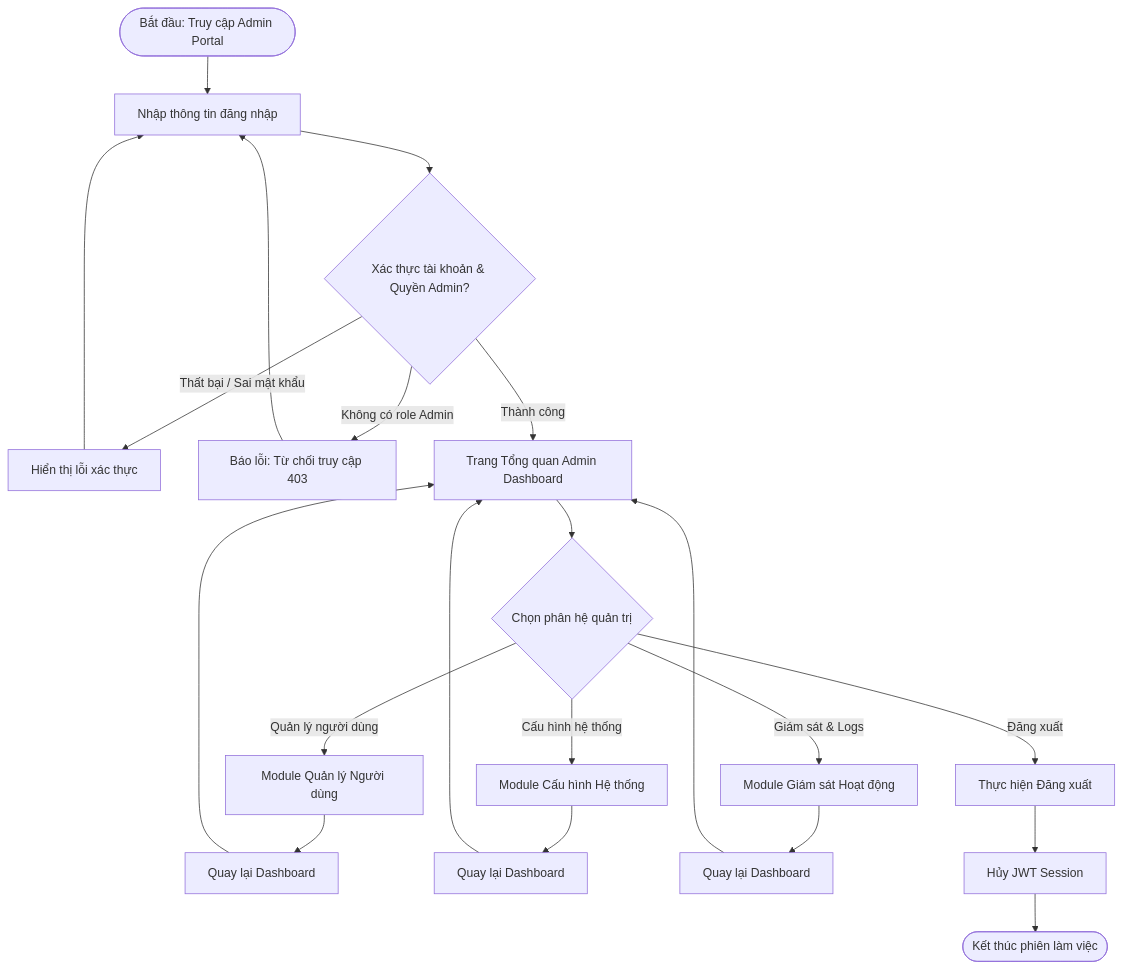
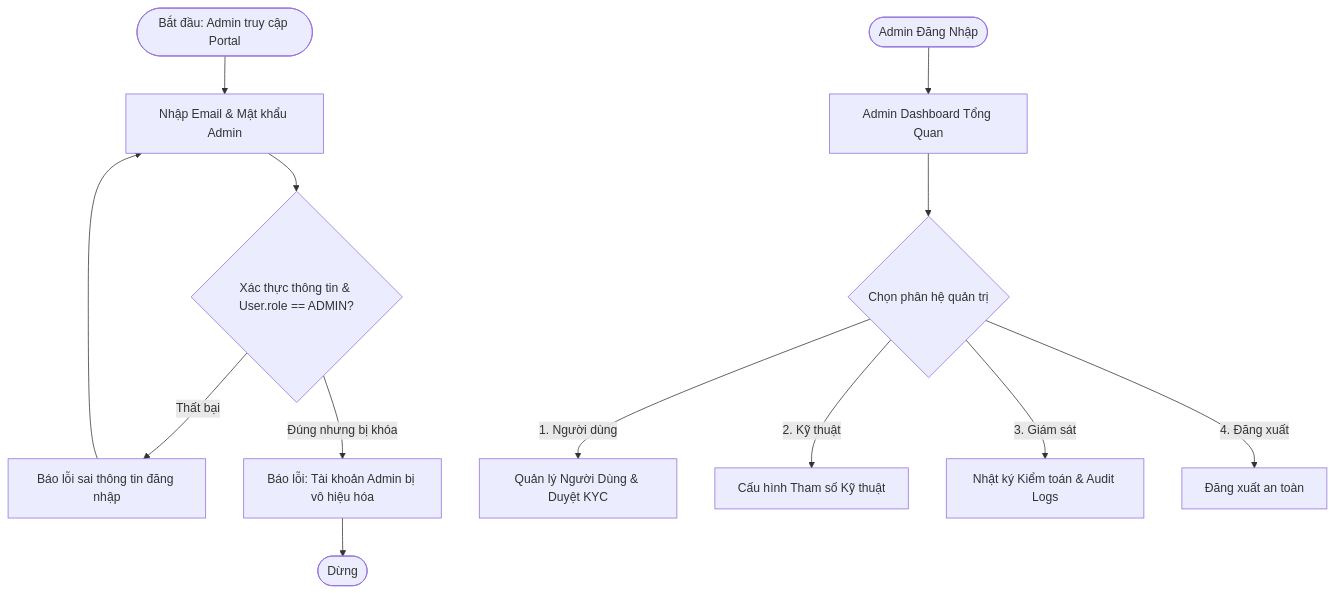
Before and after one commit to pbl6-home-renter/docs: the first of 5 diagrams in phase-1/discovery/user_flow/admin_user_flow.md, drawn with Mermaid. The commit also changed other lines of this file and 7 other files, not shown here.

````diff
--- a/phase-1/discovery/user_flow/admin_user_flow.md
+++ b/phase-1/discovery/user_flow/admin_user_flow.md
@@ -9,25 +21,14 @@
 ```mermaid
 flowchart TD
-    Start([Bắt đầu: Truy cập Admin Portal]) --> Login[Nhập thông tin đăng nhập]
-    Login --> AuthCheck{Xác thực tài khoản & Quyền Admin?}
+    StartAdmin([Bắt đầu: Admin truy cập Portal]) --> InputAuth[Nhập Email & Mật khẩu Admin]
+    InputAuth --> CheckAdminAuth{Xác thực thông tin & User.role == ADMIN?}
+    AdminStart([Admin Đăng Nhập]) --> AdminDash[Admin Dashboard Tổng Quan]
+    AdminDash --> NavChoice{Chọn phân hệ quản trị}
     
-    AuthCheck -->|Thất bại / Sai mật khẩu| LoginError[Hiển thị lỗi xác thực]
-    LoginError --> Login
-    AuthCheck -->|Không có role Admin| AccessDenied[Báo lỗi: Từ chối truy cập 403]
-    AccessDenied --> Login
-    
-    AuthCheck -->|Thành công| AdminDash[Trang Tổng quan Admin Dashboard]
-    
-    AdminDash --> SelectNav{Chọn phân hệ quản trị}
-    
-    SelectNav -->|Quản lý người dùng| UserMod[Module Quản lý Người dùng]
-    SelectNav -->|Cấu hình hệ thống| ConfigMod[Module Cấu hình Hệ thống]
-    SelectNav -->|Giám sát & Logs| LogMod[Module Giám sát Hoạt động]
-    SelectNav -->|Đăng xuất| LogoutAct[Thực hiện Đăng xuất]
-    
-    UserMod --> Ret1[Quay lại Dashboard] --> AdminDash
-    ConfigMod --> Ret2[Quay lại Dashboard] --> AdminDash
-    LogMod --> Ret3[Quay lại Dashboard] --> AdminDash
-    
-    LogoutAct --> ClearSession[Hủy JWT Session] --> EndAdmin([Kết thúc phiên làm việc])
+    CheckAdminAuth -->|Thất bại| AuthErr[Báo lỗi sai thông tin đăng nhập] --> InputAuth
+    CheckAdminAuth -->|Đúng nhưng bị khóa| LockedErr[Báo lỗi: Tài khoản Admin bị vô hiệu hóa] --> EndAdminFail([Dừng])
+    NavChoice -->|1. Người dùng| SubUser[Quản lý Người Dùng & Duyệt KYC]
+    NavChoice -->|2. Kỹ thuật| SubConfig[Cấu hình Tham số Kỹ thuật]
+    NavChoice -->|3. Giám sát| SubLogs[Nhật ký Kiểm toán & Audit Logs]
+    NavChoice -->|4. Đăng xuất| AdminLogout[Đăng xuất an toàn]
 ```
````
